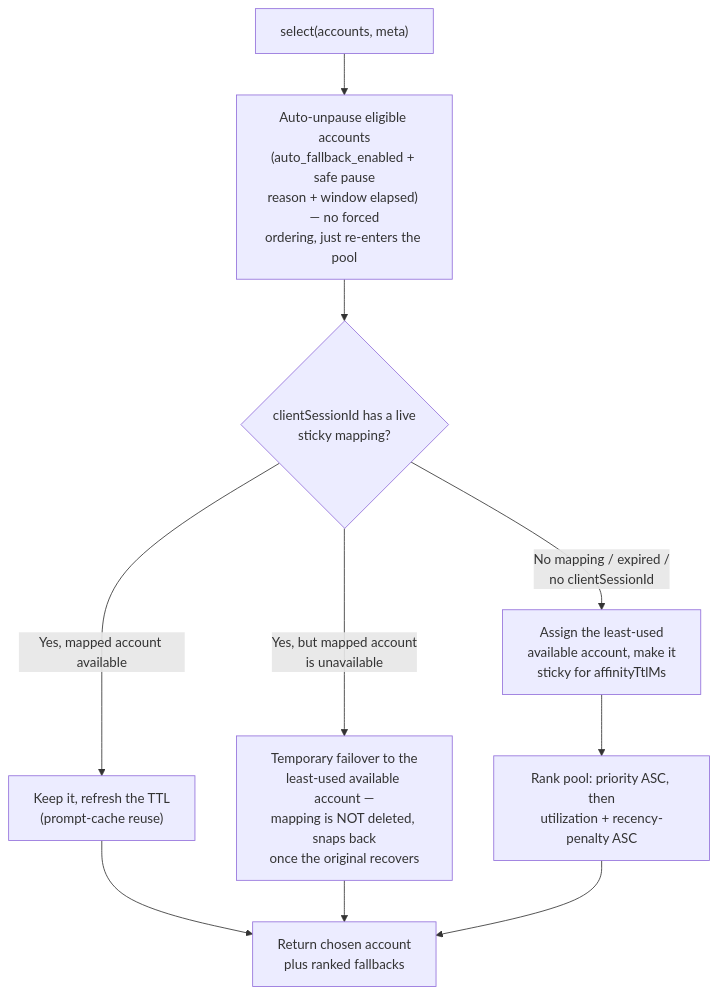
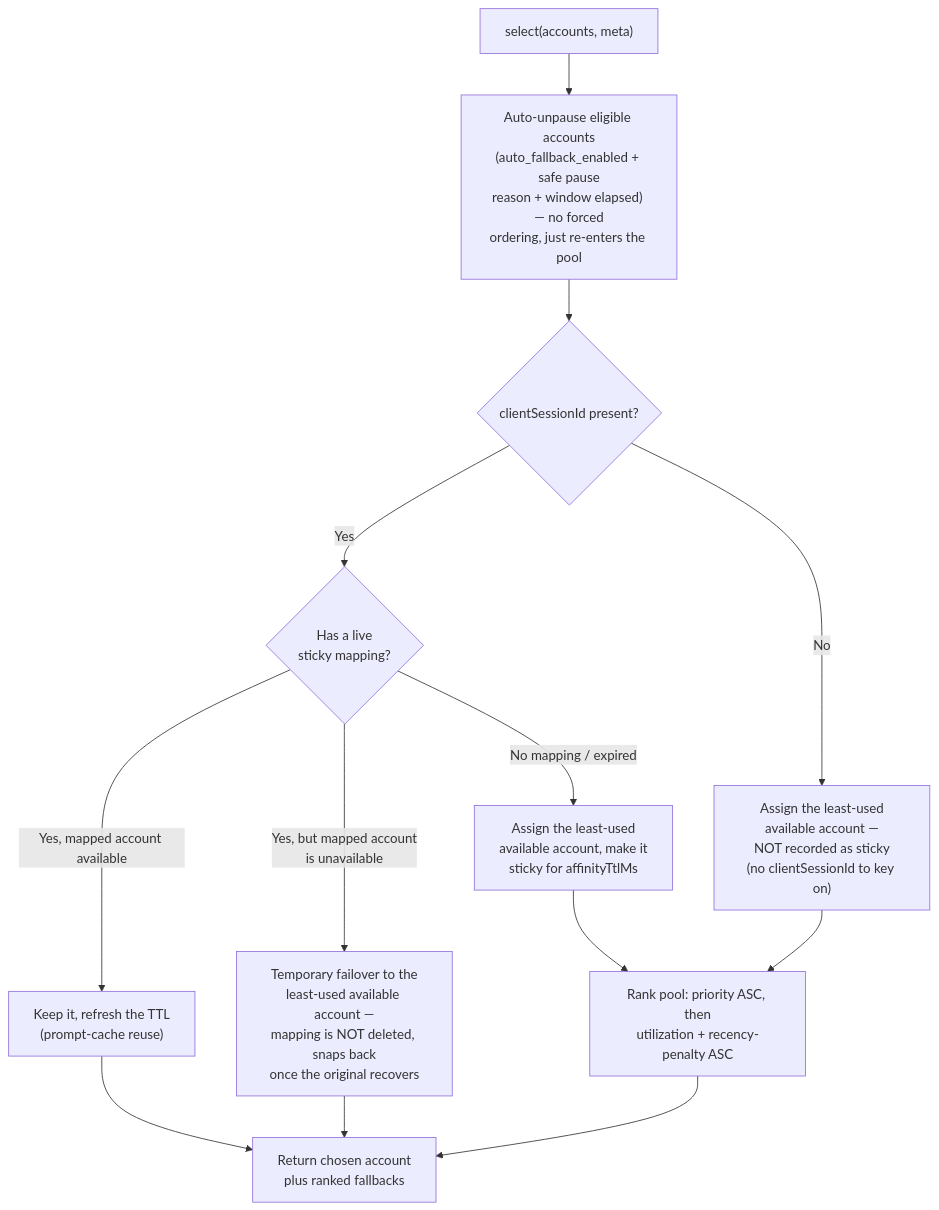
Before and after one commit to tombii/better-ccflare: the fourth of 8 diagrams in docs/routing-architecture.md, drawn with Mermaid. The commit also changed other lines of this file and 1 other file, not shown here.

First line of the commit message:
fix: correct session-affinity null-clientSessionId sticky claim and auto-fallback eligibility parity in routing doc [skip-version]

````diff
--- a/docs/routing-architecture.md
+++ b/docs/routing-architecture.md
@@ -99,12 +99,15 @@
 ```mermaid
 flowchart TD
     A["select(accounts, meta)"] --> B["Auto-unpause eligible accounts<br/>(auto_fallback_enabled + safe pause<br/>reason + window elapsed) — no forced<br/>ordering, just re-enters the pool"]
-    B --> C{"clientSessionId has a live<br/>sticky mapping?"}
-    C -->|"Yes, mapped account available"| D["Keep it, refresh the TTL<br/>(prompt-cache reuse)"]
-    C -->|"Yes, but mapped account<br/>is unavailable"| E["Temporary failover to the<br/>least-used available account —<br/>mapping is NOT deleted, snaps back<br/>once the original recovers"]
-    C -->|"No mapping / expired /<br/>no clientSessionId"| F["Assign the least-used<br/>available account, make it<br/>sticky for affinityTtlMs"]
+    B --> C{"clientSessionId present?"}
+    C -->|"No"| F0["Assign the least-used<br/>available account —<br/>NOT recorded as sticky<br/>(no clientSessionId to key on)"]
+    C -->|"Yes"| C2{"Has a live<br/>sticky mapping?"}
+    C2 -->|"Yes, mapped account available"| D["Keep it, refresh the TTL<br/>(prompt-cache reuse)"]
+    C2 -->|"Yes, but mapped account<br/>is unavailable"| E["Temporary failover to the<br/>least-used available account —<br/>mapping is NOT deleted, snaps back<br/>once the original recovers"]
+    C2 -->|"No mapping / expired"| F["Assign the least-used<br/>available account, make it<br/>sticky for affinityTtlMs"]
     F --> G["Rank pool: priority ASC, then<br/>utilization + recency-penalty ASC"]
+    F0 --> G
     D --> H["Return chosen account<br/>plus ranked fallbacks"]
     E --> H
     G --> H
 ```
````
